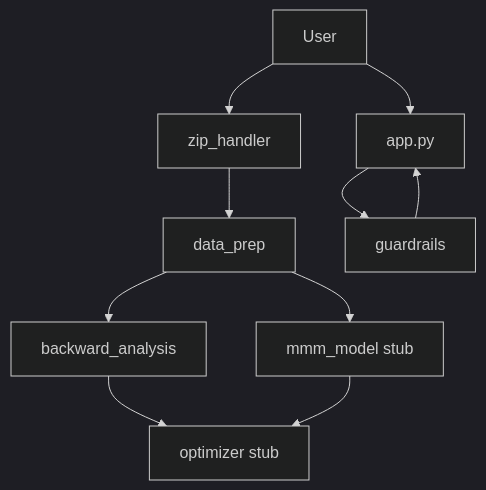
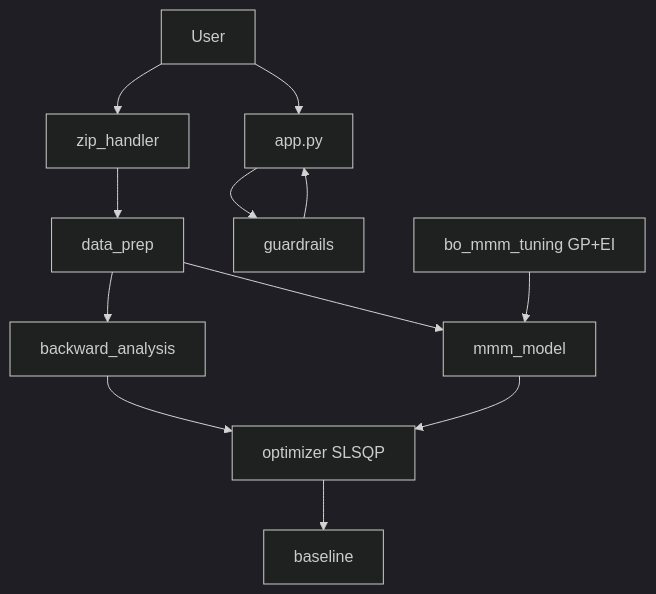
Before and after one commit to VikhyatKoppalgithub/AI-Powered-Marketing-Budget-Allocation-Agent: the diagram in docs/architecture.md, drawn with Mermaid (dark theme). The commit also changed other lines of this file and 10 other files, not shown here.

First line of the commit message:
Add Bayesian Optimization for MMM hyperparameter tuning (Stage 1).

````diff
--- a/docs/architecture.md
+++ b/docs/architecture.md
@@ -9,21 +9,25 @@
 ```mermaid
 flowchart TB
   user[User]
   upload[zip_handler]
   prep[data_prep]
   backward[backward_analysis]
   guard[guardrails]
   chat[app.py]
-  mmm[mmm_model stub]
-  opt[optimizer stub]
+  bo[bo_mmm_tuning GP+EI]
+  mmm[mmm_model]
+  opt[optimizer SLSQP]
+  base[baseline]
 
   user --> upload
   upload --> prep
   prep --> backward
   backward --> opt
   prep --> mmm
+  bo --> mmm
   mmm --> opt
+  opt --> base
   user --> chat
   chat --> guard
   guard --> chat
 ```
````
